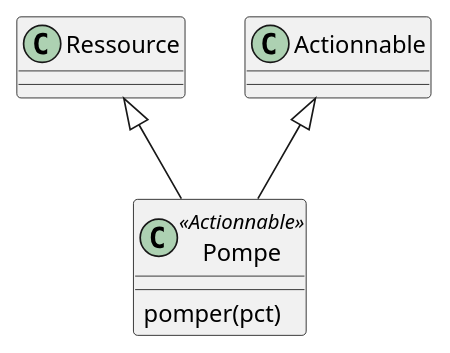
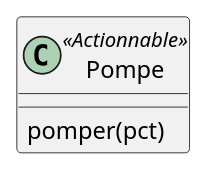
Before and after one commit to beerfactory/brewbox-uml: the diagram in pompe.iuml, drawn with PlantUML.

Commit message:
Déplacement association

```diff
--- a/pompe.iuml
+++ b/pompe.iuml
@@ -1,6 +1,3 @@
 class Pompe <<Actionnable>> {
     pomper(pct)
 }
-
-Ressource <|-- Pompe
-Actionnable <|-- Pompe
```
